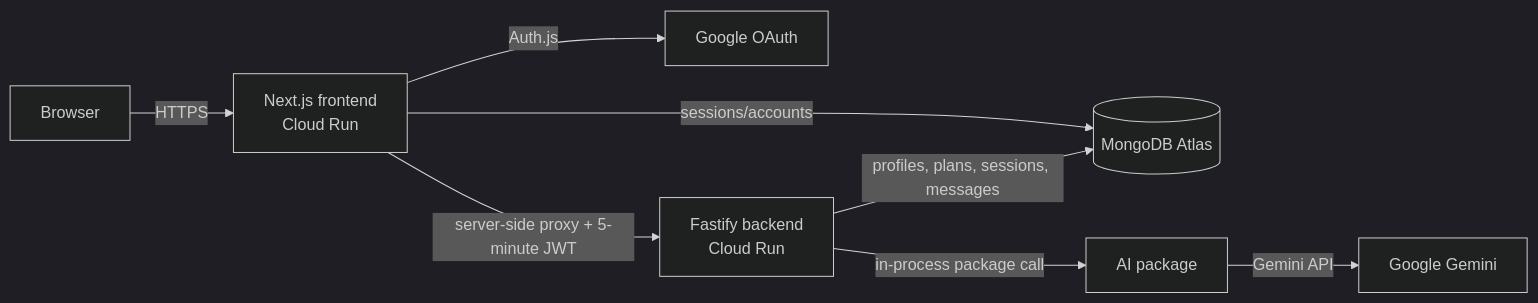
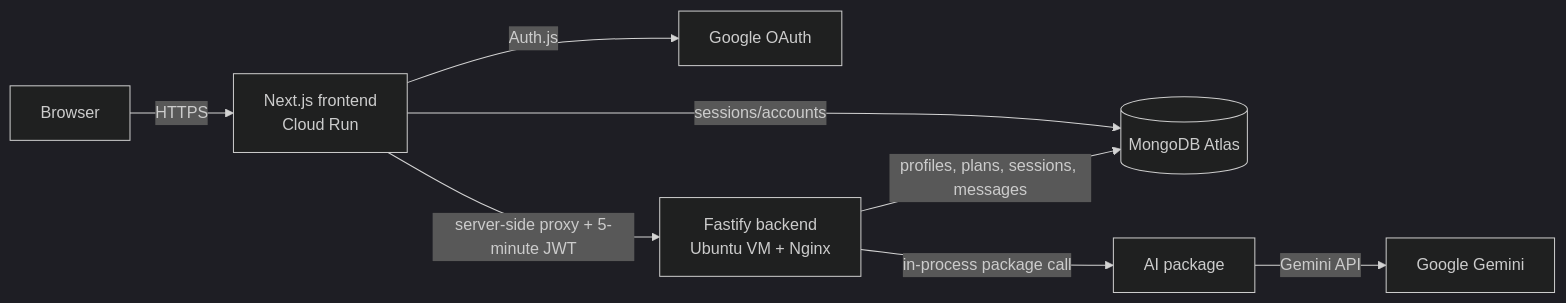
Before and after one commit to bharatgl/fitai-coach-web: the diagram in docs/architecture.md, drawn with Mermaid (dark theme). The commit also changed other lines of this file and 12 other files, not shown here.

````diff
--- a/docs/architecture.md
+++ b/docs/architecture.md
@@ -5,10 +5,10 @@
 ```mermaid
 flowchart LR
   U[Browser] -->|HTTPS| F[Next.js frontend<br/>Cloud Run]
   F -->|Auth.js| G[Google OAuth]
   F -->|sessions/accounts| M[(MongoDB Atlas)]
-  F -->|server-side proxy + 5-minute JWT| B[Fastify backend<br/>Cloud Run]
+  F -->|server-side proxy + 5-minute JWT| B[Fastify backend<br/>Ubuntu VM + Nginx]
   B -->|profiles, plans, sessions, messages| M
   B -->|in-process package call| A[AI package]
   A -->|Gemini API| O[Google Gemini]
 ```
````
